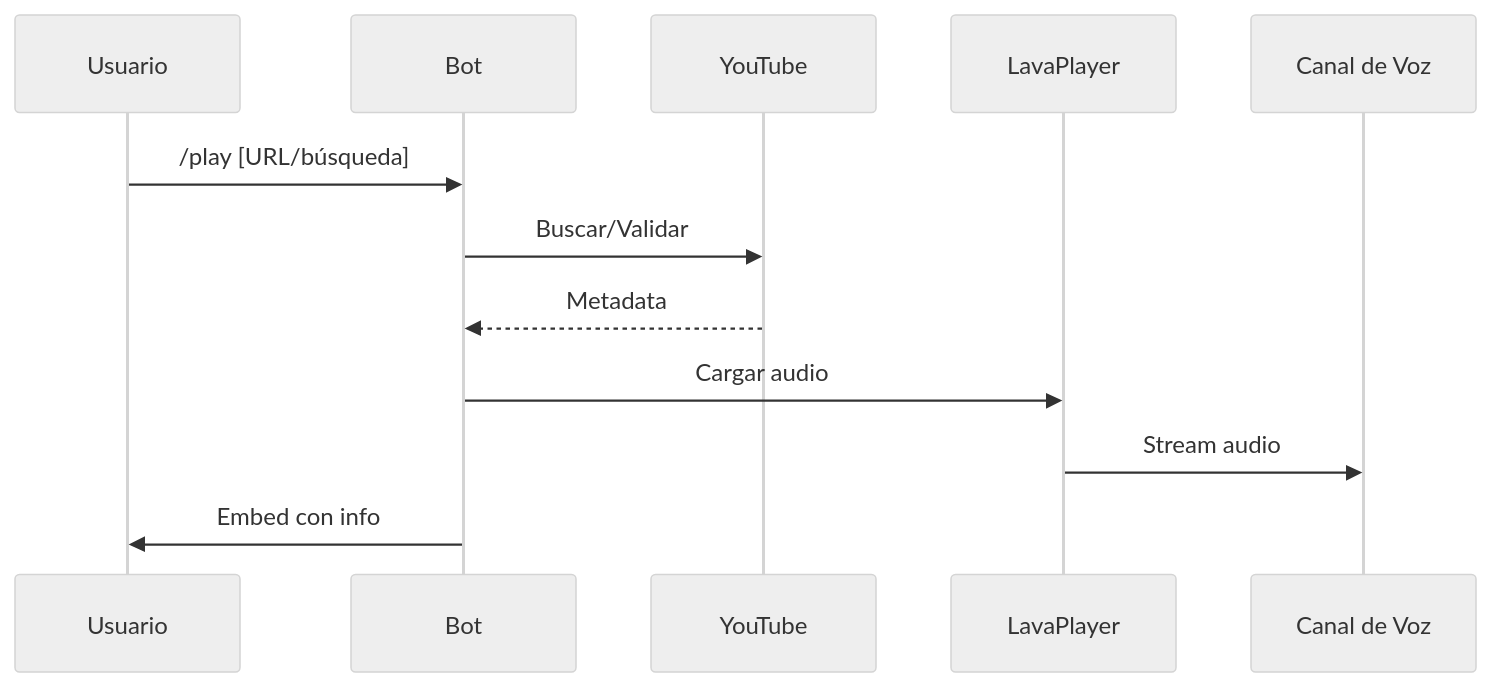
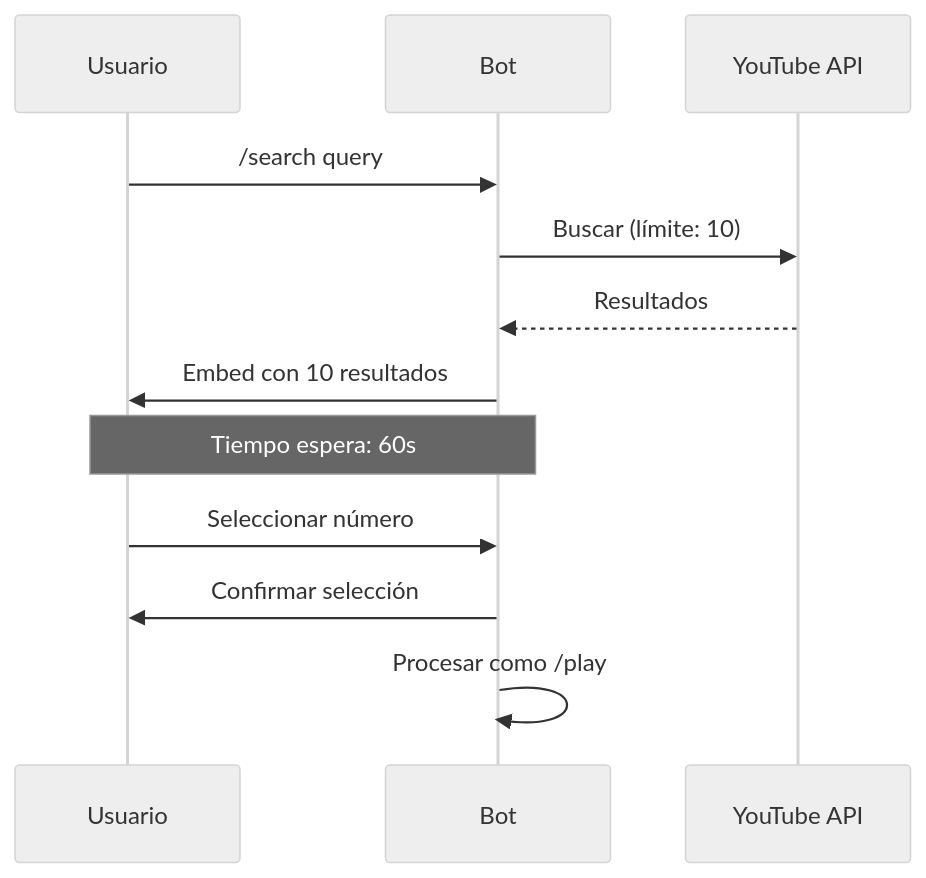
One commit to Jaie55/TuneTwister changed the third of 4 diagrams in README.md. Above: the diagram before and after it, drawn with Mermaid (neutral theme). The commit also changed other lines of this file, not shown here.

````diff
--- a/README.md
+++ b/README.md
@@ -20,15 +35,15 @@
 ```mermaid
 sequenceDiagram
     participant U as Usuario
     participant B as Bot
-    participant YT as YouTube
-    participant LP as LavaPlayer
-    participant VC as Canal de Voz
-
-    U->>B: /play [URL/búsqueda]
-    B->>YT: Buscar/Validar
-    YT-->>B: Metadata
-    B->>LP: Cargar audio
-    LP->>VC: Stream audio
-    B->>U: Embed con info
+    participant YT as YouTube API
+    
+    U->>B: /search query
+    B->>YT: Buscar (límite: 10)
+    YT-->>B: Resultados
+    B->>U: Embed con 10 resultados
+    Note over U,B: Tiempo espera: 60s
+    U->>B: Seleccionar número
+    B->>U: Confirmar selección
+    B->>B: Procesar como /play
 ```
````
